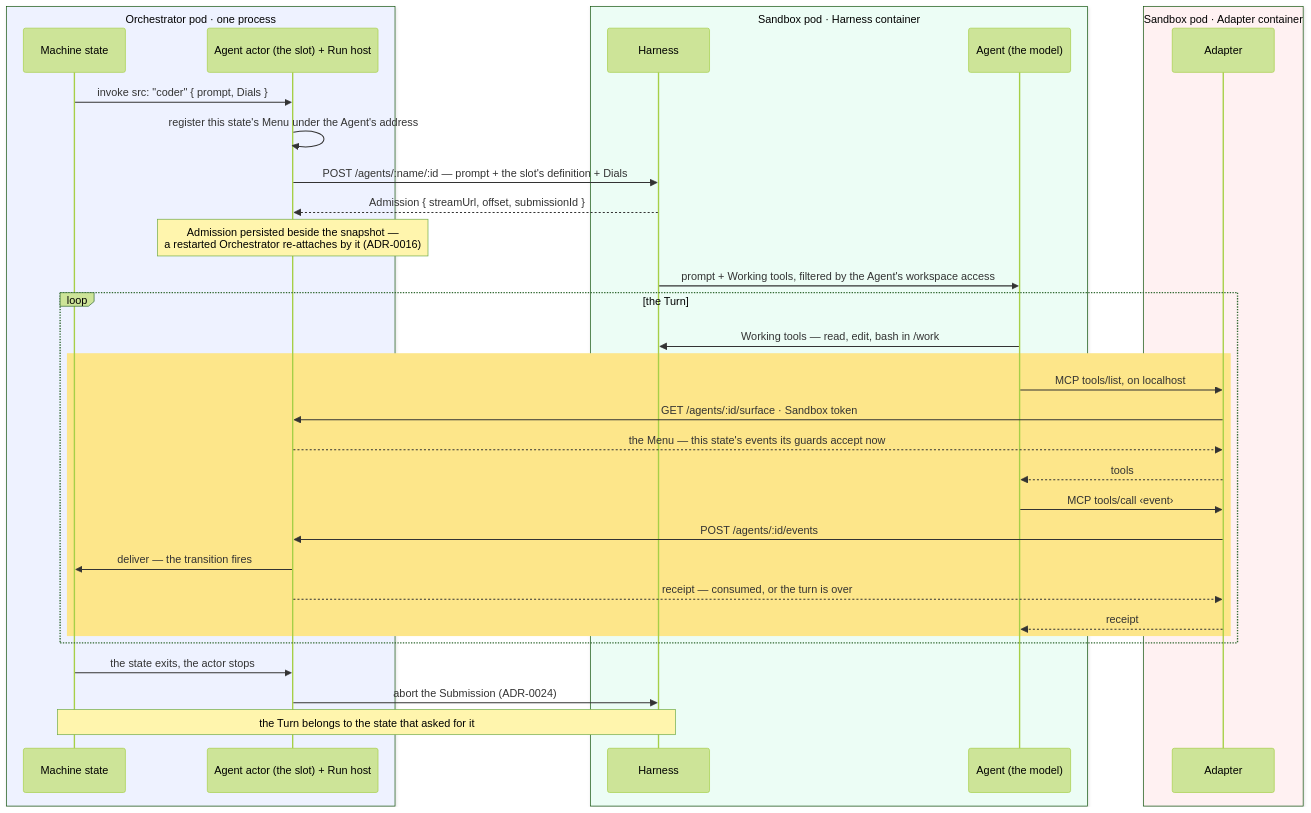
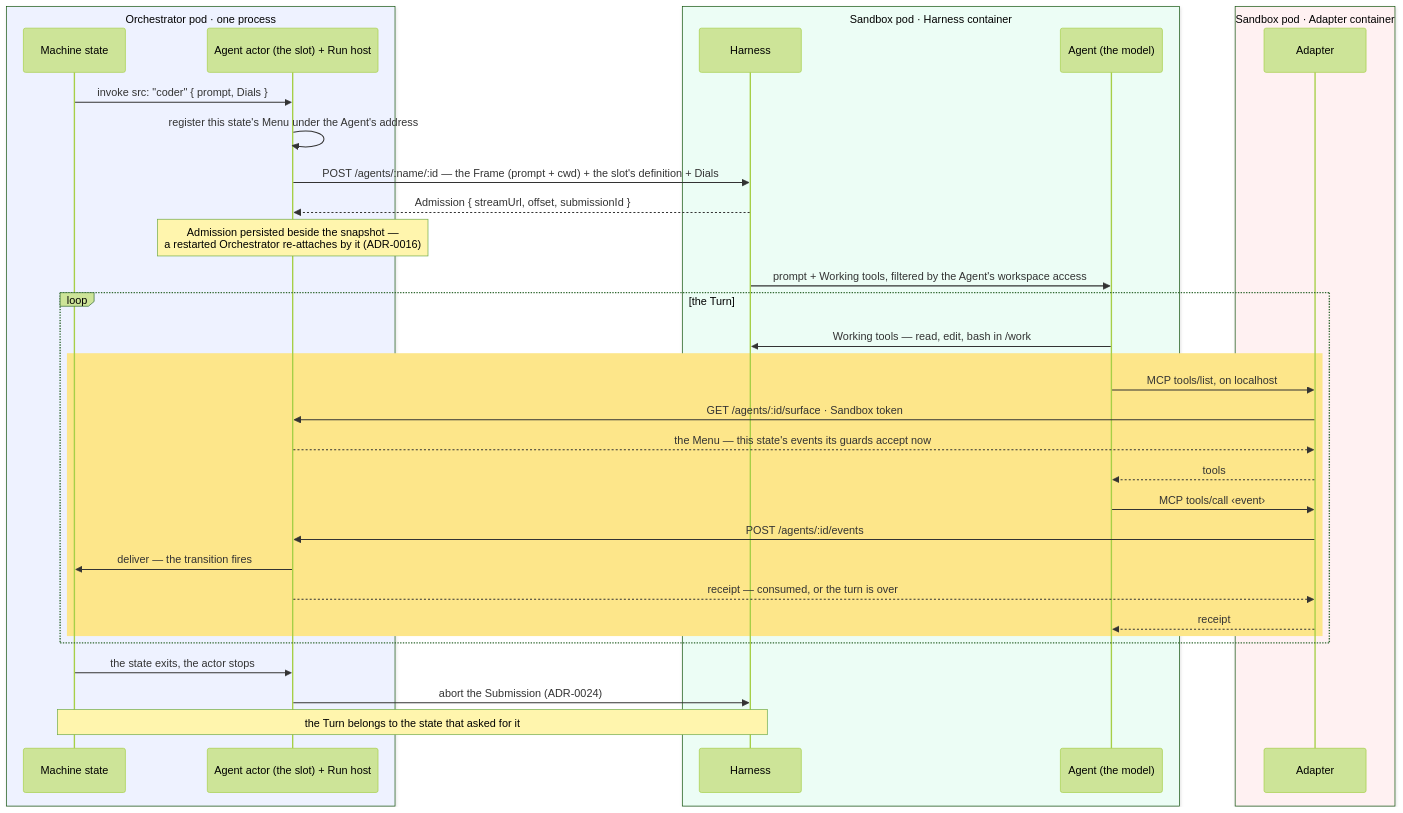
One commit to snapwich/jr2 changed the second of 4 diagrams in docs/architecture.md. Above: the diagram before and after it, drawn with Mermaid (forest theme). The commit also changed 55 other files, not shown here.

First line of the commit message:
feat: a Turn is its Frame, its Dials, and whether it continues (ADR-0057)

````diff
--- a/docs/architecture.md
+++ b/docs/architecture.md
@@ -119,40 +119,40 @@
 ```mermaid
 sequenceDiagram
   box rgb(238, 242, 255) Orchestrator pod · one process
     participant S as Machine state
     participant A as Agent actor (the slot) + Run host
   end
   box rgb(236, 253, 245) Sandbox pod · Harness container
     participant H as Harness
     participant Ag as Agent (the model)
   end
   box rgb(255, 241, 242) Sandbox pod · Adapter container
     participant Ad as Adapter
   end
 
   S->>A: invoke src: "coder" { prompt, Dials }
   A->>A: register this state's Menu under the Agent's address
-  A->>H: POST /agents/:name/:id — prompt + the slot's definition + Dials
+  A->>H: POST /agents/:name/:id — the Frame (prompt + cwd) + the slot's definition + Dials
   H-->>A: Admission { streamUrl, offset, submissionId }
   Note over A: Admission persisted beside the snapshot —<br/>a restarted Orchestrator re-attaches by it (ADR-0016)
 
   H->>Ag: prompt + Working tools, filtered by the Agent's workspace access
   loop the Turn
     Ag->>H: Working tools — read, edit, bash in /work
     rect rgb(253, 230, 138)
       Ag->>Ad: MCP tools/list, on localhost
       Ad->>A: GET /agents/:id/surface · Sandbox token
       A-->>Ad: the Menu — this state's events its guards accept now
       Ad-->>Ag: tools
       Ag->>Ad: MCP tools/call ‹event›
       Ad->>A: POST /agents/:id/events
       A->>S: deliver — the transition fires
       A-->>Ad: receipt — consumed, or the turn is over
       Ad-->>Ag: receipt
     end
   end
 
   S->>A: the state exits, the actor stops
   A->>H: abort the Submission (ADR-0024)
   Note over S,H: the Turn belongs to the state that asked for it
 ```
````
